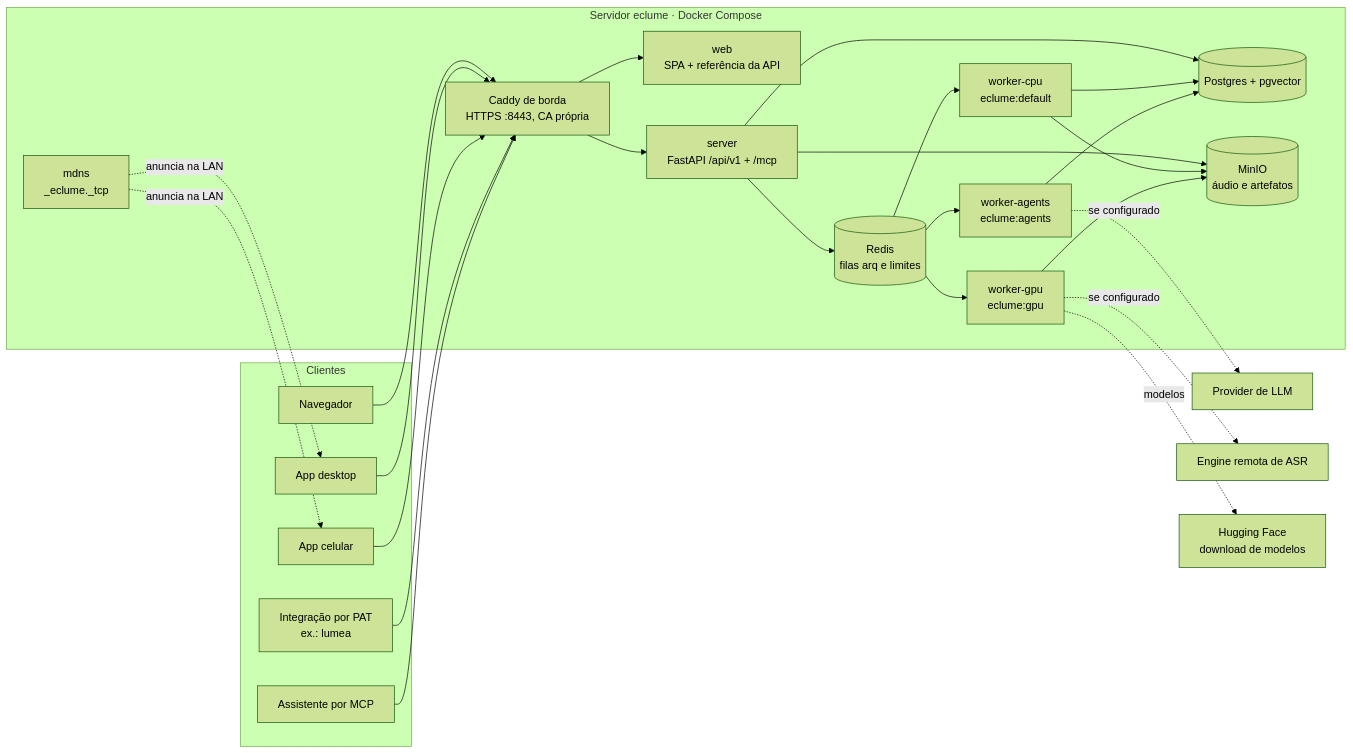
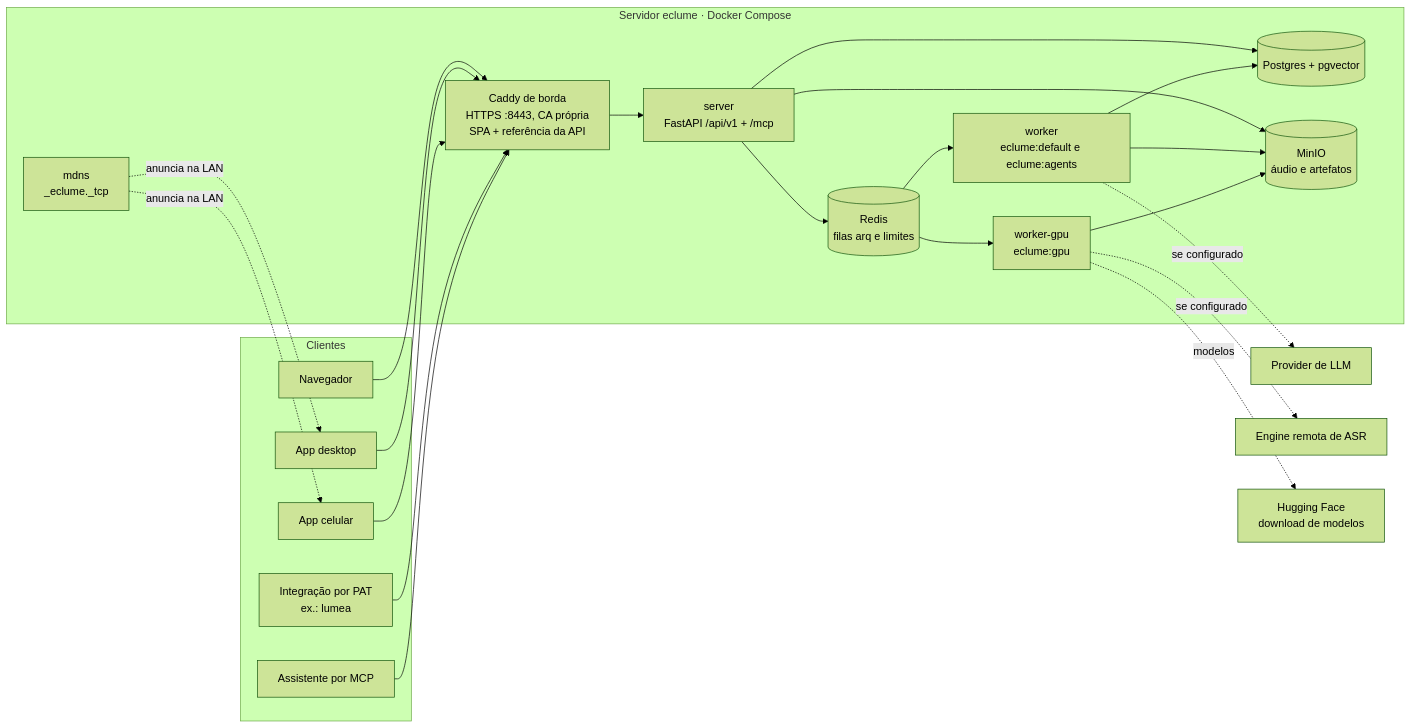
Before and after one commit to holetz/eclume: the diagram in docs/concepts/arquitetura/visao-geral.md, drawn with Mermaid (forest theme). The commit also changed other lines of this file and 11 other files, not shown here.

````diff
--- a/docs/concepts/arquitetura/visao-geral.md
+++ b/docs/concepts/arquitetura/visao-geral.md
@@ -22,40 +22,36 @@
 ```mermaid
 flowchart LR
   subgraph clientes[Clientes]
     nav[Navegador]
     desk[App desktop]
     cel[App celular]
     pat[Integração por PAT<br/>ex.: lumea]
     mcpc[Assistente por MCP]
   end
 
   subgraph servidor[Servidor eclume · Docker Compose]
-    caddy[Caddy de borda<br/>HTTPS :8443, CA própria]
-    web[web<br/>SPA + referência da API]
+    caddy[Caddy de borda<br/>HTTPS :8443, CA própria<br/>SPA + referência da API]
     server[server<br/>FastAPI /api/v1 + /mcp]
-    wcpu[worker-cpu<br/>eclume:default]
-    wag[worker-agents<br/>eclume:agents]
+    wcpu[worker<br/>eclume:default e eclume:agents]
     wgpu[worker-gpu<br/>eclume:gpu]
     pg[(Postgres + pgvector)]
     redis[(Redis<br/>filas arq e limites)]
     minio[(MinIO<br/>áudio e artefatos)]
     mdns[mdns<br/>_eclume._tcp]
   end
 
   llm[Provider de LLM]
   asr[Engine remota de ASR]
   hf[Hugging Face<br/>download de modelos]
 
   nav & desk & cel & pat & mcpc --> caddy
-  caddy --> web
   caddy --> server
   server --> pg & redis & minio
-  redis --> wcpu & wag & wgpu
+  redis --> wcpu & wgpu
   wcpu --> pg & minio
-  wag --> pg
   wgpu --> minio
   mdns -. anuncia na LAN .-> desk & cel
-  wag -. se configurado .-> llm
+  wcpu -. se configurado .-> llm
   wgpu -. se configurado .-> asr
   wgpu -. modelos .-> hf
 ```
````
